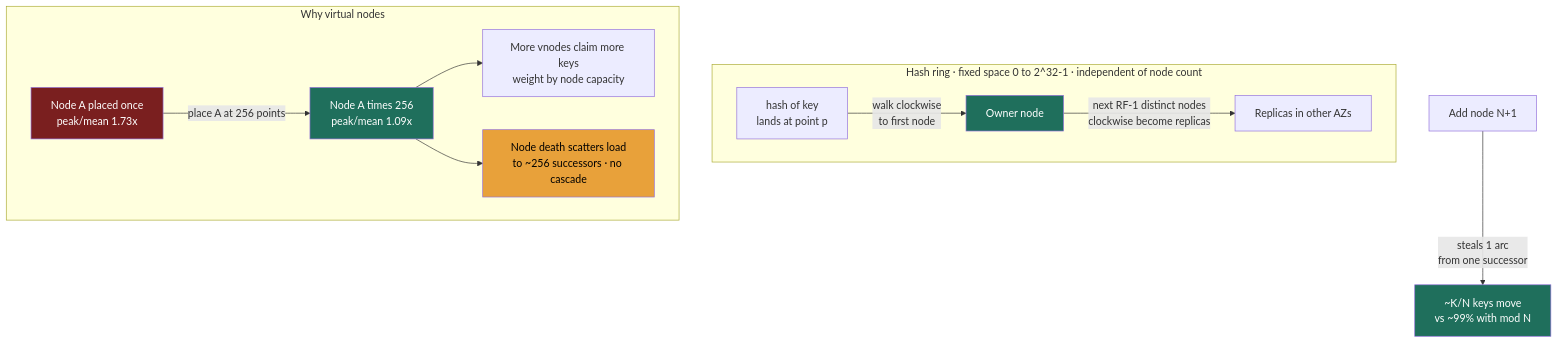
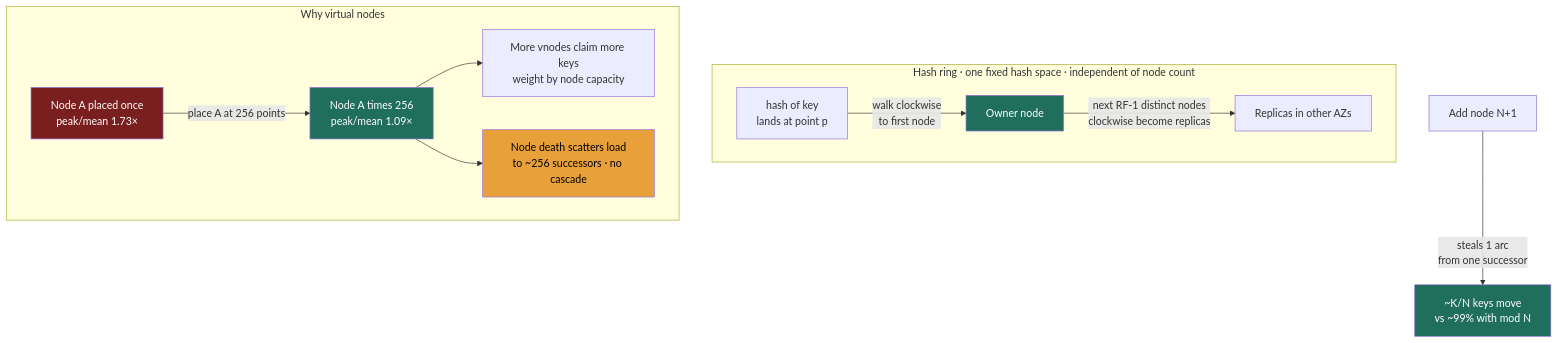
The diagram in src/content/docs/module-2/lesson-2-6.mdx (hkrathore/sysdesign-course), drawn with Mermaid before and after one commit. The commit also changed other lines of this file and 10 other files, not shown here.

````diff
--- a/src/content/docs/module-2/lesson-2-6.mdx
+++ b/src/content/docs/module-2/lesson-2-6.mdx
@@ -66,19 +70,19 @@
 ```mermaid
 flowchart TD
-    subgraph RING[Hash ring · fixed space 0 to 2^32-1 · independent of node count]
+    subgraph RING[Hash ring · one fixed hash space · independent of node count]
       direction LR
       K[hash of key<br/>lands at point p] -->|walk clockwise<br/>to first node| OWN[Owner node]
       OWN -->|next RF-1 distinct nodes<br/>clockwise become replicas| REP[Replicas in other AZs]
     end
     subgraph VN[Why virtual nodes]
-      P1[Node A placed once<br/>peak/mean 1.73x] -->|place A at 256 points| P2[Node A times 256<br/>peak/mean 1.09x]
+      P1[Node A placed once<br/>peak/mean 1.73×] -->|place A at 256 points| P2[Node A times 256<br/>peak/mean 1.09×]
       P2 --> CAP[More vnodes claim more keys<br/>weight by node capacity]
       P2 --> FAIL[Node death scatters load<br/>to ~256 successors · no cascade]
     end
     ADD[Add node N+1] -->|steals 1 arc<br/>from one successor| MOVE[~K/N keys move<br/>vs ~99% with mod N]
     style OWN fill:#1f6f5c,color:#fff
     style MOVE fill:#1f6f5c,color:#fff
     style P1 fill:#7a1f1f,color:#fff
     style P2 fill:#1f6f5c,color:#fff
     style FAIL fill:#e8a13a,color:#000
 ```
````
